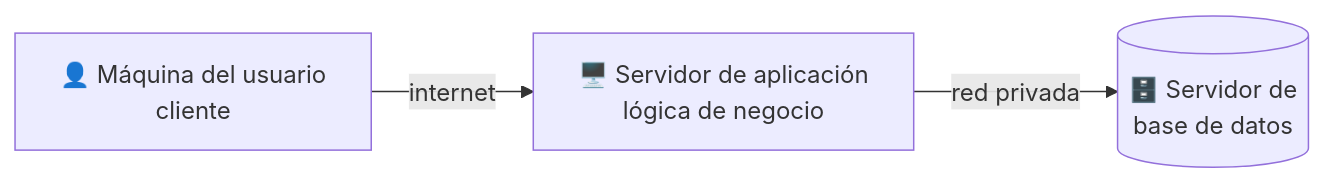
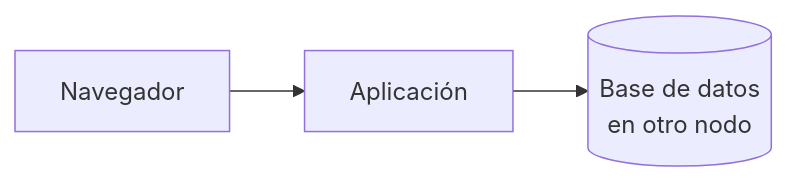
Before and after one commit to alejandroroig/despliegue-daw: the fifth of 8 diagrams in docs/tema1/arquitecturas-despliegue.md, drawn with Mermaid. The commit also changed other lines of this file and 9 other files, not shown here.

````diff
--- a/docs/tema1/arquitecturas-despliegue.md
+++ b/docs/tema1/arquitecturas-despliegue.md
@@ -52,4 +151,5 @@
 ```mermaid
 flowchart LR
-    C["👤 Máquina del usuario<br/>cliente"] -->|internet| A["🖥️ Servidor de aplicación<br/>lógica de negocio"] -->|red privada| D[("🗄️ Servidor de<br/>base de datos")]
+    N["Navegador"] --> A["Aplicación"]
+    A --> D[("Base de datos<br/>en otro nodo")]
 ```
````
